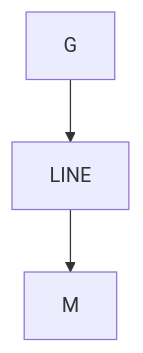
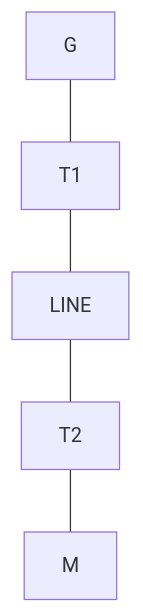
The second of 5 diagrams in output.md (KupipiKuki/pdf2md), drawn with Mermaid before and after one commit. The commit also changed other lines of this file and 3 other files, not shown here.

First line of the commit message:
Render network chains and math chains as undirected Mermaid graphs

````diff
--- a/output.md
+++ b/output.md
@@ -121,8 +121,12 @@
 ```mermaid
 flowchart TD
     G_1["G"]
-    LINE_2["LINE"]
-    M_3["M"]
-    G_1 --> LINE_2
-    LINE_2 --> M_3
+    T1_2["T1"]
+    LINE_3["LINE"]
+    T2_4["T2"]
+    M_5["M"]
+    G_1 --- T1_2
+    T1_2 --- LINE_3
+    LINE_3 --- T2_4
+    T2_4 --- M_5
 ```
````
